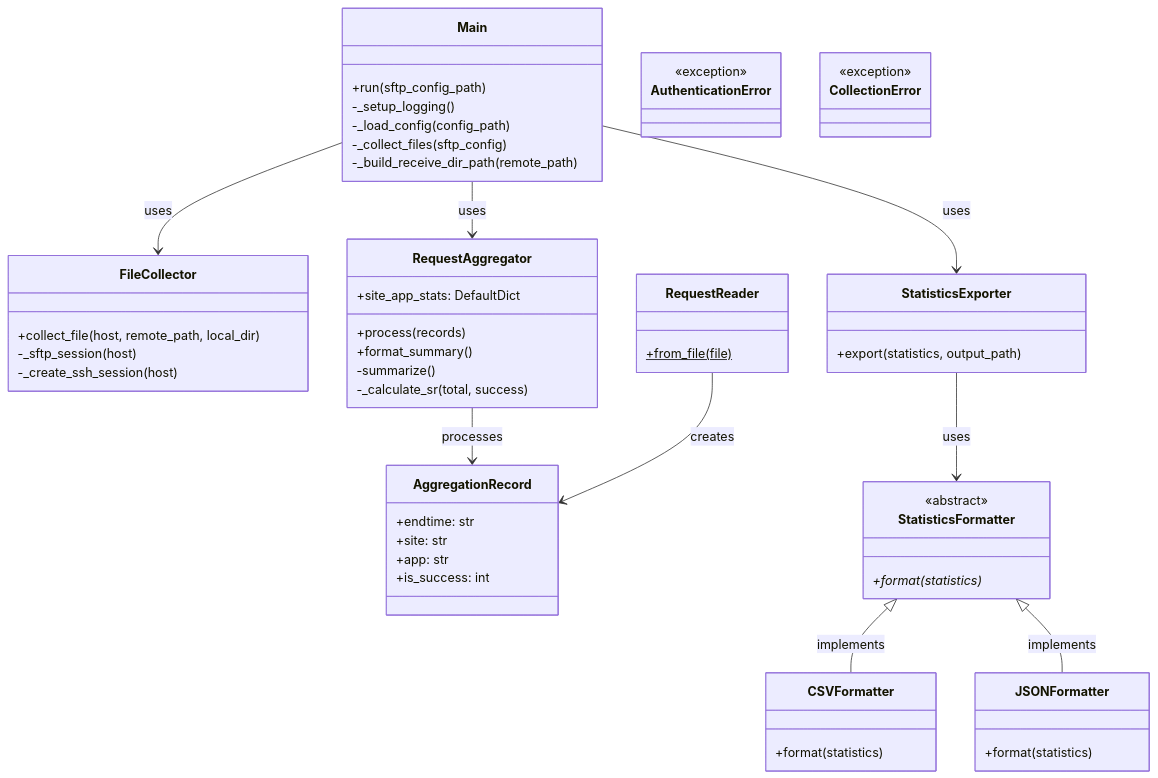
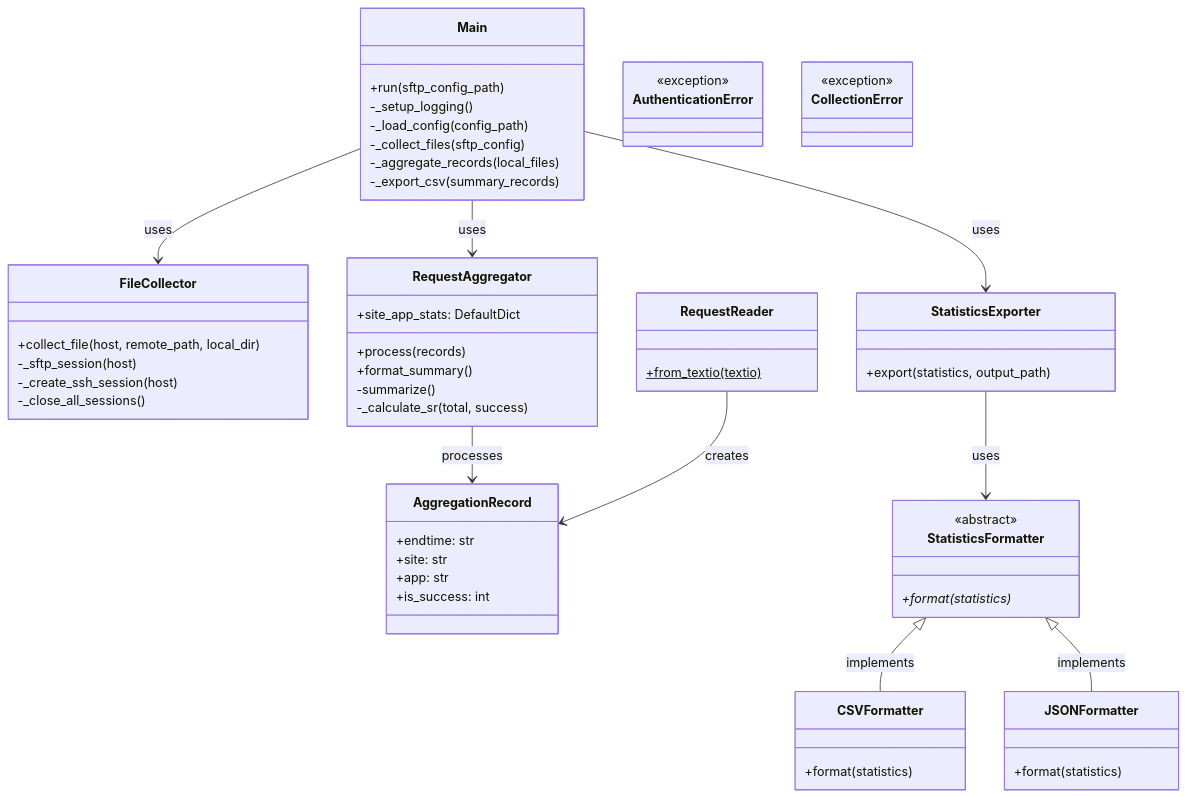
The diagram in GetAndCalc/doc/classDiagram.md (miyanew/learning), drawn with Mermaid before and after one commit. The commit also changed 3 other files, not shown here.

````diff
--- a/GetAndCalc/doc/classDiagram.md
+++ b/GetAndCalc/doc/classDiagram.md
@@ -3,69 +3,71 @@
 ```mermaid
 classDiagram
     class Main {
         +run(sftp_config_path)
         -_setup_logging()
         -_load_config(config_path)
         -_collect_files(sftp_config)
-        -_build_receive_dir_path(remote_path)
+        -_aggregate_records(local_files)
+        -_export_csv(summary_records)
     }
 
     class FileCollector {
         +collect_file(host, remote_path, local_dir)
         -_sftp_session(host)
         -_create_ssh_session(host)
+        -_close_all_sessions()
     }
 
     class RequestReader {
-        +from_file(file) $
+        +from_textio(textio) $
     }
 
     class AggregationRecord {
         +endtime: str
         +site: str
         +app: str
         +is_success: int
     }
 
     class RequestAggregator {
         +site_app_stats: DefaultDict
         +process(records)
         +format_summary()
         -summarize()
         -_calculate_sr(total, success)
     }
 
     class StatisticsFormatter {
         <<abstract>>
         +format(statistics) *
     }
 
     class CSVFormatter {
         +format(statistics)
     }
 
     class JSONFormatter {
         +format(statistics)
     }
 
     class StatisticsExporter {
         +export(statistics, output_path)
     }
 
     class AuthenticationError {
         <<exception>>
     }
 
     class CollectionError {
         <<exception>>
     }
 
     StatisticsFormatter <|-- CSVFormatter: implements
     StatisticsFormatter <|-- JSONFormatter: implements
     StatisticsExporter --> StatisticsFormatter: uses
     RequestAggregator --> AggregationRecord: processes
     RequestReader --> AggregationRecord: creates
     Main --> FileCollector: uses
     Main --> RequestAggregator: uses
     Main --> StatisticsExporter: uses
 ```
````
